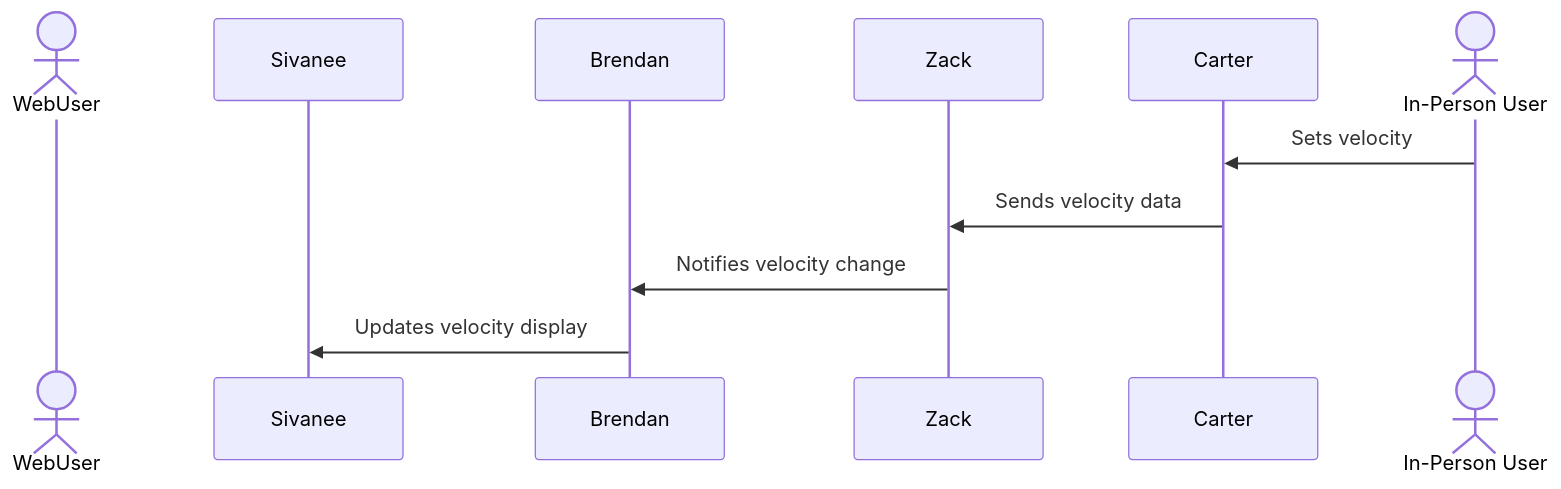
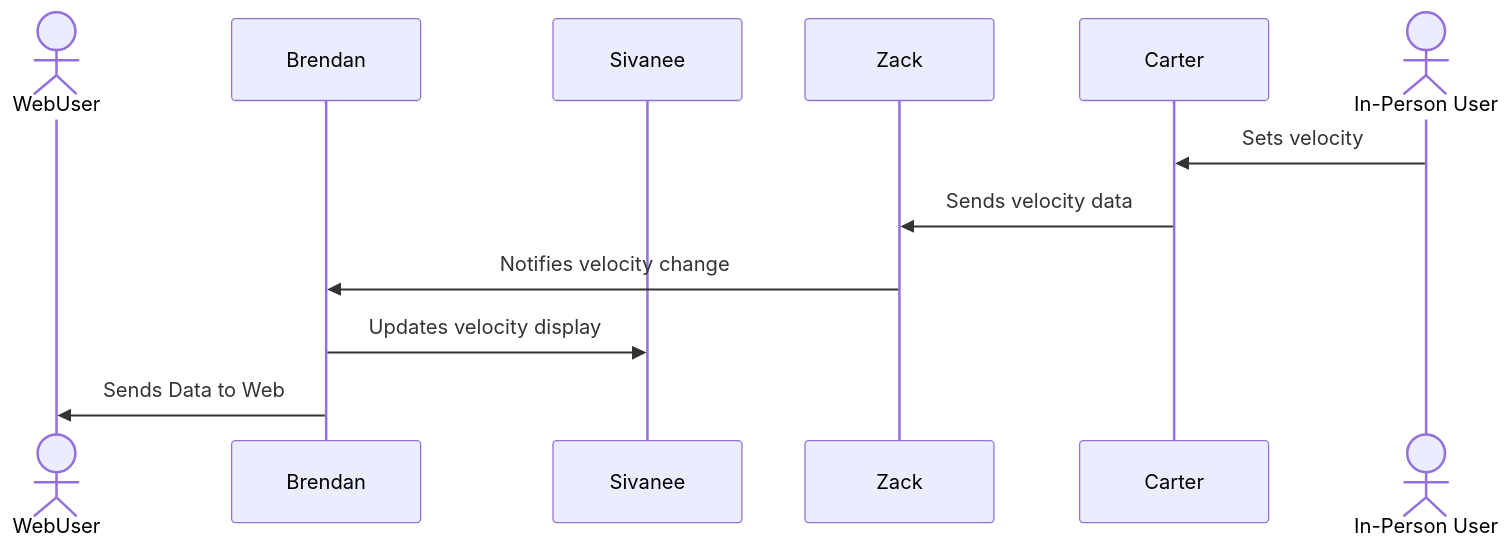
Before and after one commit to EGR314-2025-S-203/Team203.github.io: the diagram in docs/Communication_Process.md, drawn with Mermaid.

````diff
--- a/docs/Communication_Process.md
+++ b/docs/Communication_Process.md
@@ -6,15 +6,16 @@
 ```mermaid
 
 sequenceDiagram
     actor W as WebUser
+    participant Brendan
     participant Sivanee
-    participant Brendan
     participant Zack
     participant Carter
   actor I as In-Person User
     
     I->>Carter: Sets velocity
     Carter->>Zack: Sends velocity data
     Zack->>Brendan: Notifies velocity change
     Brendan->>Sivanee: Updates velocity display
+Brendan ->> W: Sends Data to Web
 ``` 
````
